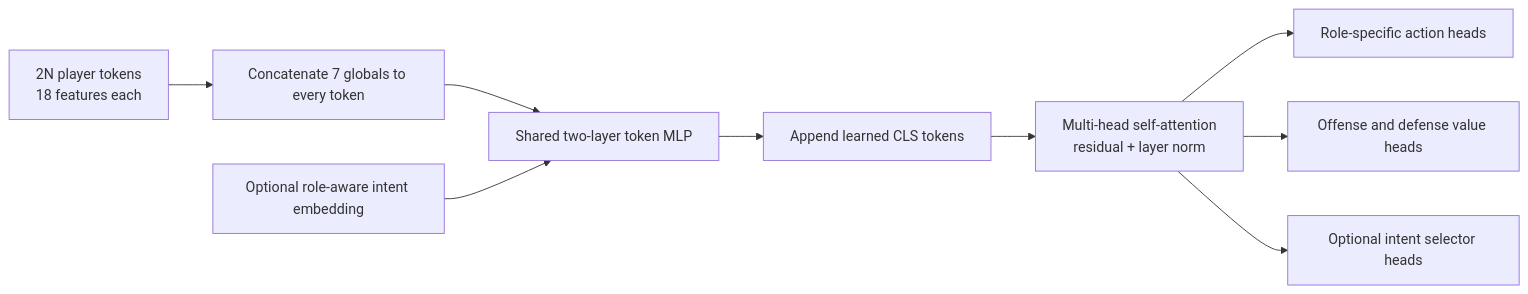
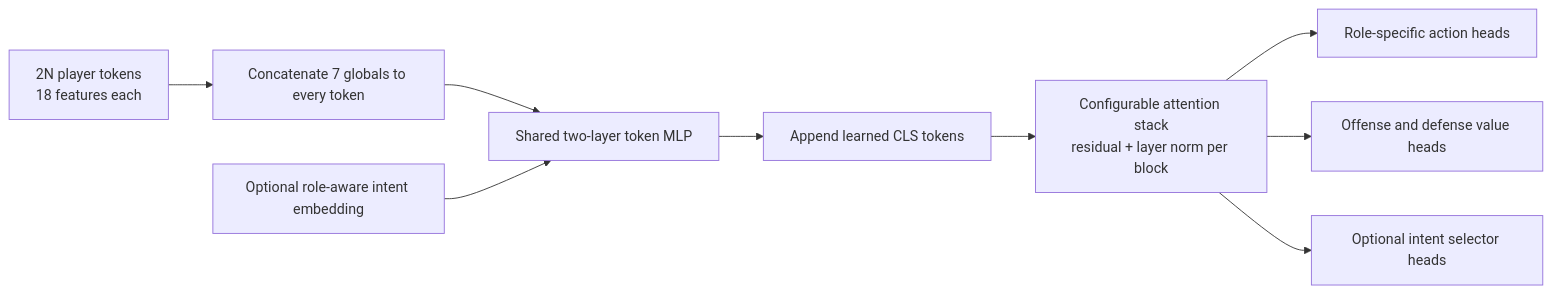
The diagram in docs/site/jax/policy.md (EvanZ/basketworld), drawn with Mermaid before and after one commit. The commit also changed other lines of this file and 8 other files, not shown here.

Commit message:
Make JAX attention depth configurable (#75)

````diff
--- a/docs/site/jax/policy.md
+++ b/docs/site/jax/policy.md
@@ -23,11 +23,11 @@
 ```mermaid
 flowchart LR
     P[2N player tokens<br/>18 features each] --> C[Concatenate 7 globals to every token]
     C --> M[Shared two-layer token MLP]
     I[Optional role-aware intent embedding] --> M
     M --> L[Append learned CLS tokens]
-    L --> A[Multi-head self-attention<br/>residual + layer norm]
+    L --> A[Configurable attention stack<br/>residual + layer norm per block]
     A --> H[Role-specific action heads]
     A --> V[Offense and defense value heads]
     A --> S[Optional intent selector heads]
 ```
````
